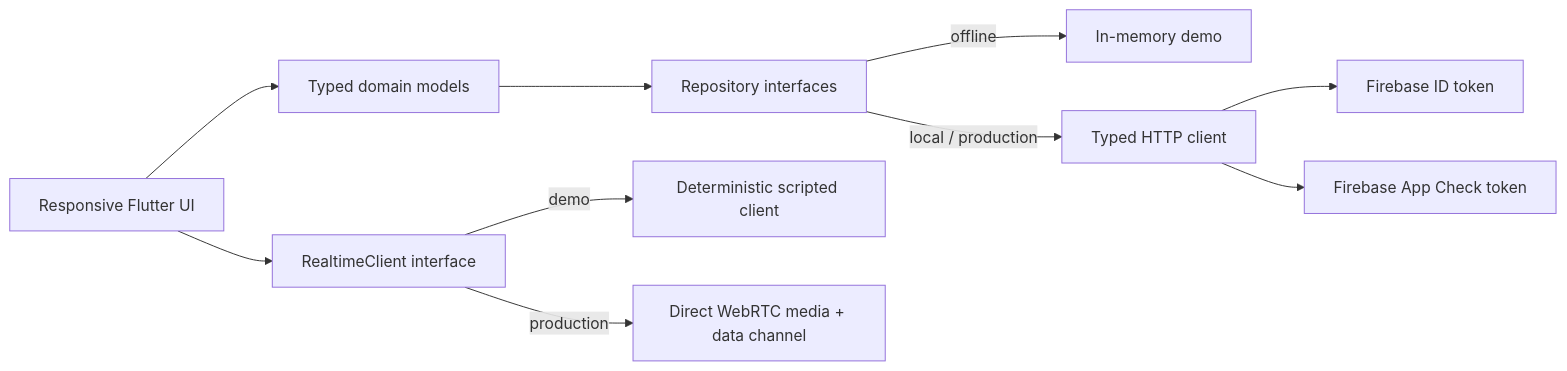
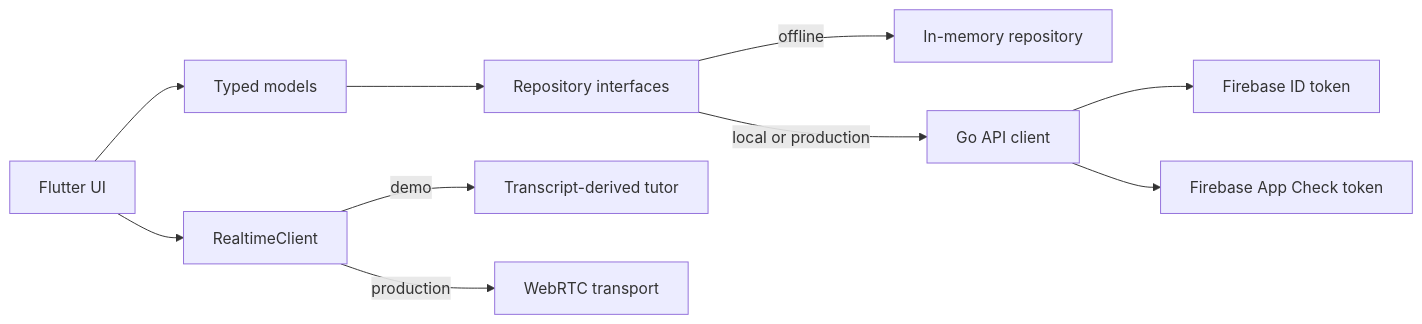
One commit to bielcarpi/nia changed the diagram in apps/mobile/README.md. Above: the diagram before and after it, drawn with Mermaid. The commit also changed other lines of this file and 85 other files, not shown here.

Commit message:
fix(mobile): finish the production and demo experience

````diff
--- a/apps/mobile/README.md
+++ b/apps/mobile/README.md
@@ -59,12 +81,12 @@
 ```mermaid
 flowchart LR
-    UI[Responsive Flutter UI] --> Domain[Typed domain models]
+    UI[Flutter UI] --> Domain[Typed models]
     Domain --> Repo[Repository interfaces]
-    Repo -->|offline| Memory[In-memory demo]
-    Repo -->|local / production| API[Typed HTTP client]
+    Repo -->|offline| Memory[In-memory repository]
+    Repo -->|local or production| API[Go API client]
     API --> Auth[Firebase ID token]
     API --> Check[Firebase App Check token]
-    UI --> RT[RealtimeClient interface]
-    RT -->|demo| Script[Deterministic scripted client]
-    RT -->|production| WebRTC[Direct WebRTC media + data channel]
+    UI --> RT[RealtimeClient]
+    RT -->|demo| Tutor[Transcript-derived tutor]
+    RT -->|production| WebRTC[WebRTC transport]
 ```
````
